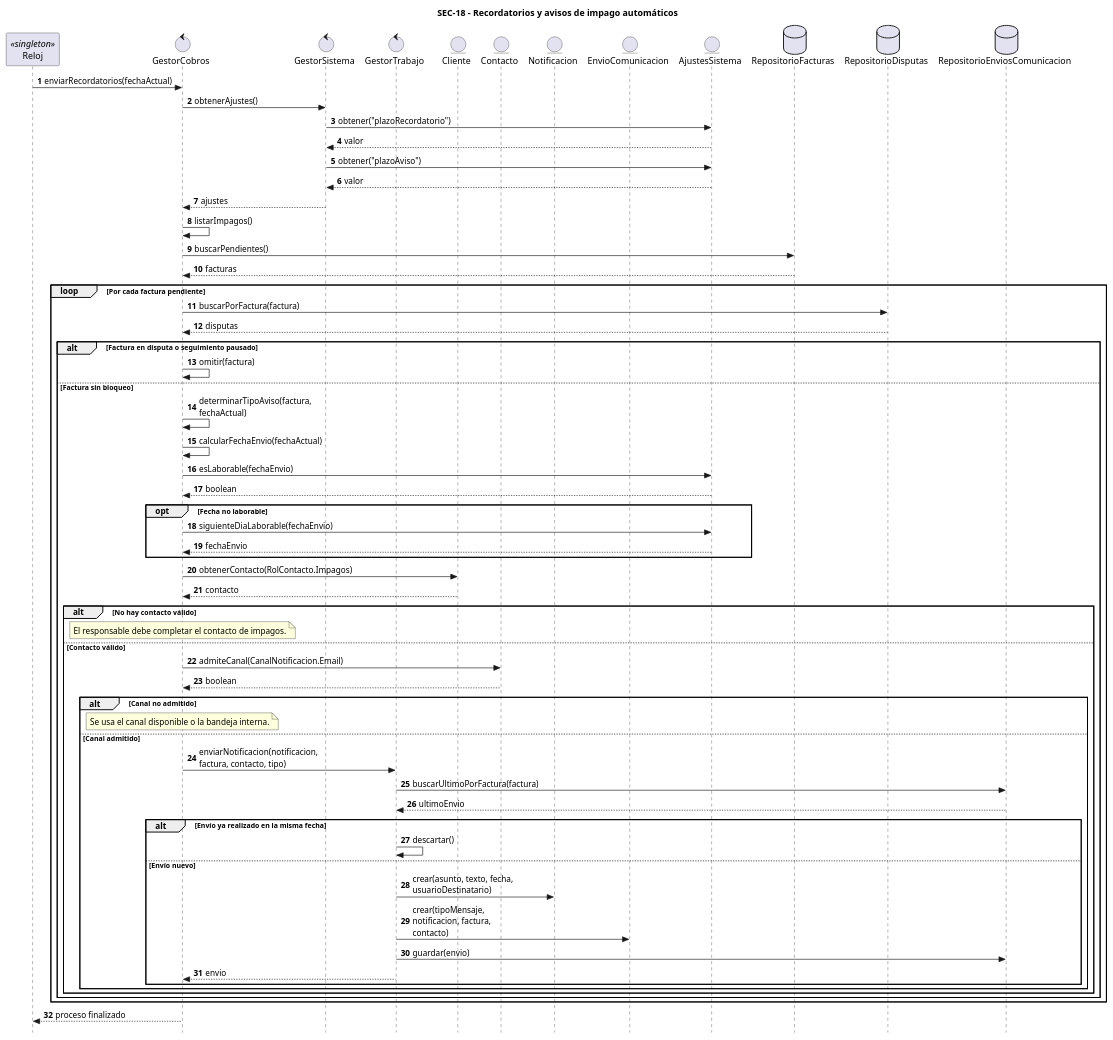
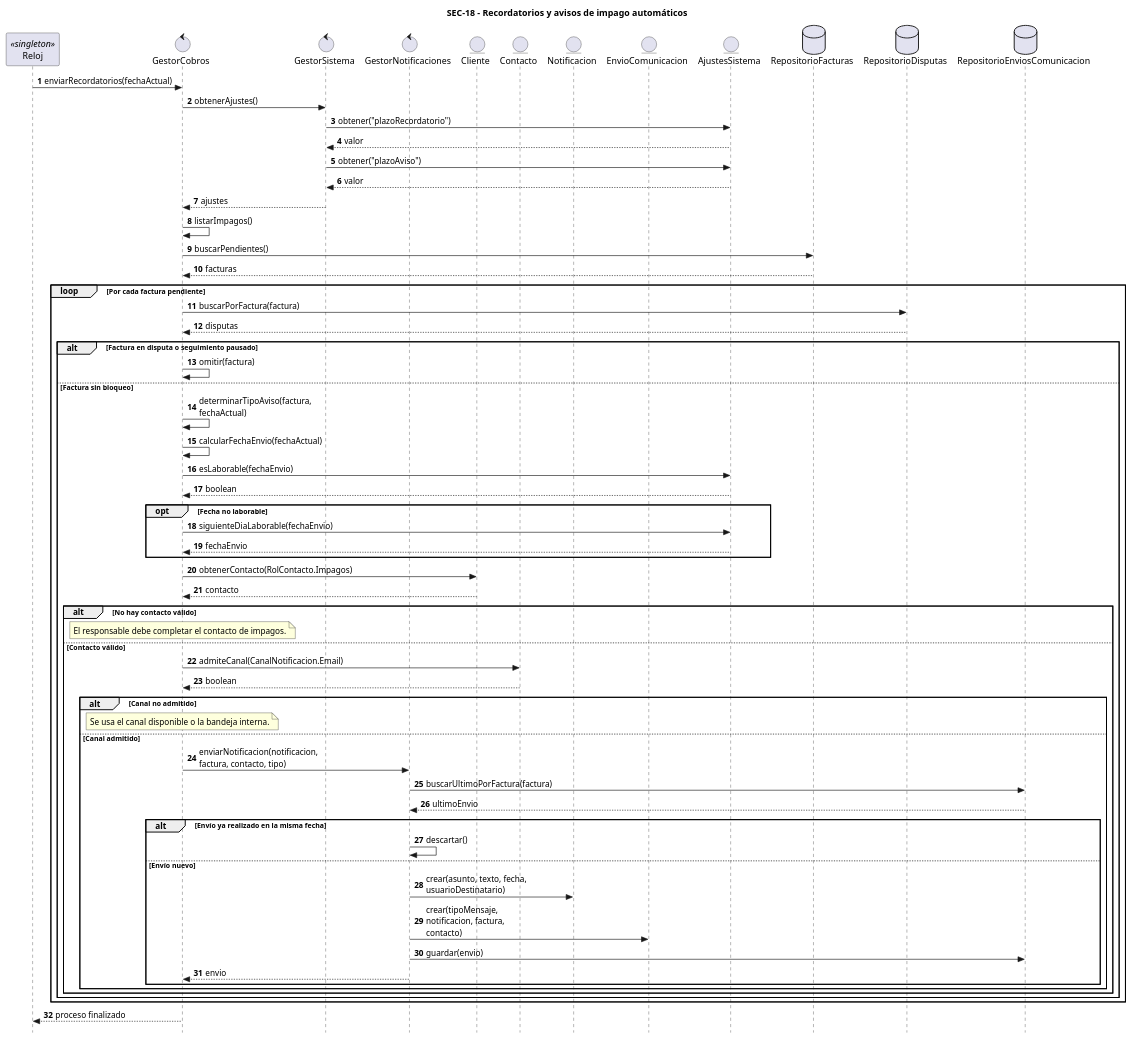
Before and after one commit to Vertossse/Elefantes: the diagram in entrega2/diagramas/secuencias/CU-18.puml, drawn with PlantUML. The commit also changed 7 other files, not shown here.

```diff
--- a/entrega2/diagramas/secuencias/CU-18.puml
+++ b/entrega2/diagramas/secuencias/CU-18.puml
@@ -1,73 +1,73 @@
 @startuml SEC-18
 skinparam style strictuml
 skinparam maxMessageSize 180
 autonumber
 title SEC-18 - Recordatorios y avisos de impago automáticos
 
 participant "Reloj"                       as Reloj <<singleton>>
 control "GestorCobros"                    as GC
 control "GestorSistema"                   as GSistema
-control "GestorTrabajo"                   as GT
+control "GestorNotificaciones"            as GN
 entity "Cliente"                          as Cliente
 entity "Contacto"                         as Contacto
 entity "Notificacion"                     as Notificacion
 entity "EnvioComunicacion"                as Envio
 entity "AjustesSistema"                   as Ajustes
 database "RepositorioFacturas"            as RF
 database "RepositorioDisputas"            as RD
 database "RepositorioEnviosComunicacion"  as REC
 
 Reloj -> GC : enviarRecordatorios(fechaActual)
 GC -> GSistema : obtenerAjustes()
 GSistema -> Ajustes : obtener("plazoRecordatorio")
 Ajustes --> GSistema : valor
 GSistema -> Ajustes : obtener("plazoAviso")
 Ajustes --> GSistema : valor
 GSistema --> GC : ajustes
 GC -> GC : listarImpagos()
 GC -> RF : buscarPendientes()
 RF --> GC : facturas
 
 loop Por cada factura pendiente
   GC -> RD : buscarPorFactura(factura)
   RD --> GC : disputas
   alt Factura en disputa o seguimiento pausado
     GC -> GC : omitir(factura)
   else Factura sin bloqueo
     GC -> GC : determinarTipoAviso(factura, fechaActual)
     GC -> GC : calcularFechaEnvio(fechaActual)
     GC -> Ajustes : esLaborable(fechaEnvio)
     Ajustes --> GC : boolean
     opt Fecha no laborable
       GC -> Ajustes : siguienteDiaLaborable(fechaEnvio)
       Ajustes --> GC : fechaEnvio
     end
     GC -> Cliente : obtenerContacto(RolContacto.Impagos)
     Cliente --> GC : contacto
     alt No hay contacto válido
       note over GC : El responsable debe completar el contacto de impagos.
     else Contacto válido
       GC -> Contacto : admiteCanal(CanalNotificacion.Email)
       Contacto --> GC : boolean
       alt Canal no admitido
         note over GC : Se usa el canal disponible o la bandeja interna.
       else Canal admitido
-        GC -> GT : enviarNotificacion(notificacion, factura, contacto, tipo)
-        GT -> REC : buscarUltimoPorFactura(factura)
-        REC --> GT : ultimoEnvio
+        GC -> GN : enviarNotificacion(notificacion, factura, contacto, tipo)
+        GN -> REC : buscarUltimoPorFactura(factura)
+        REC --> GN : ultimoEnvio
         alt Envío ya realizado en la misma fecha
-          GT -> GT : descartar()
+          GN -> GN : descartar()
         else Envío nuevo
-          GT -> Notificacion : crear(asunto, texto, fecha, usuarioDestinatario)
-          GT -> Envio : crear(tipoMensaje, notificacion, factura, contacto)
-          GT -> REC : guardar(envio)
-          GT --> GC : envio
+          GN -> Notificacion : crear(asunto, texto, fecha, usuarioDestinatario)
+          GN -> Envio : crear(tipoMensaje, notificacion, factura, contacto)
+          GN -> REC : guardar(envio)
+          GN --> GC : envio
         end
       end
     end
   end
 end
 
 GC --> Reloj : proceso finalizado
 
 @enduml
```
